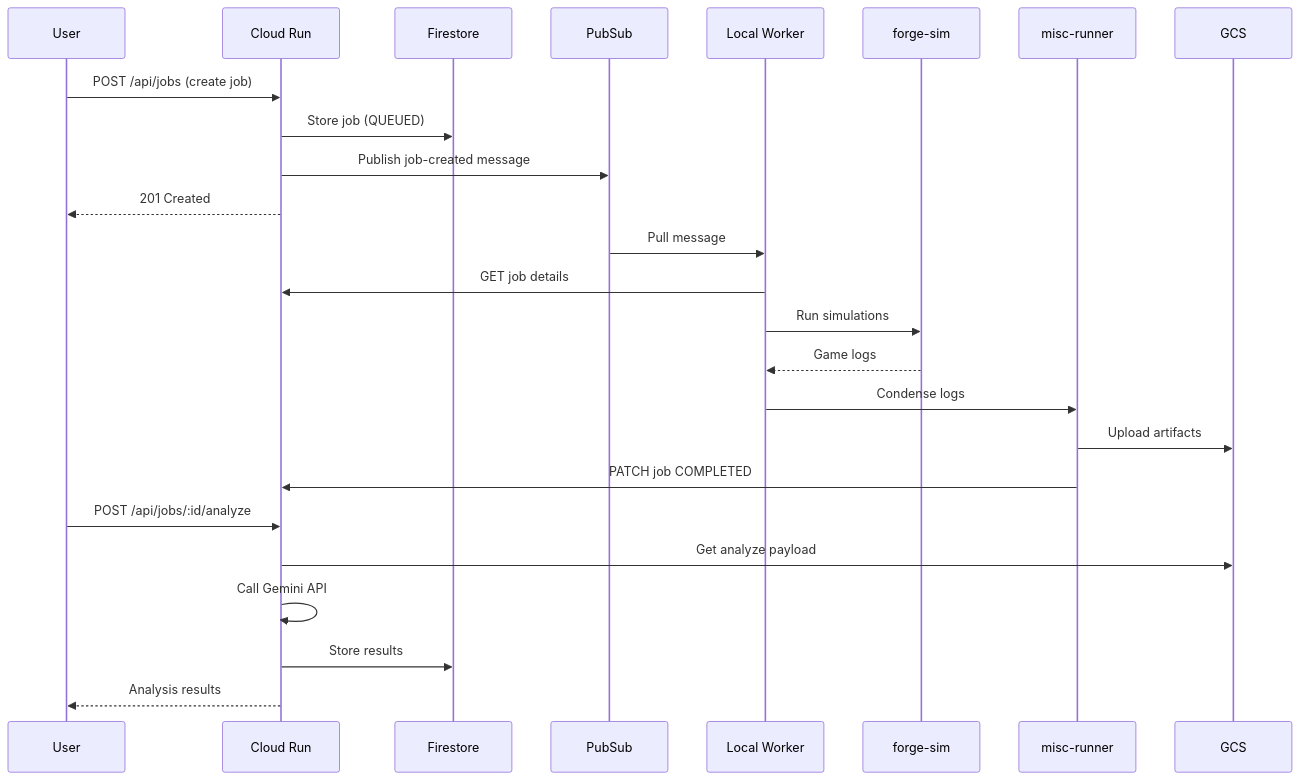
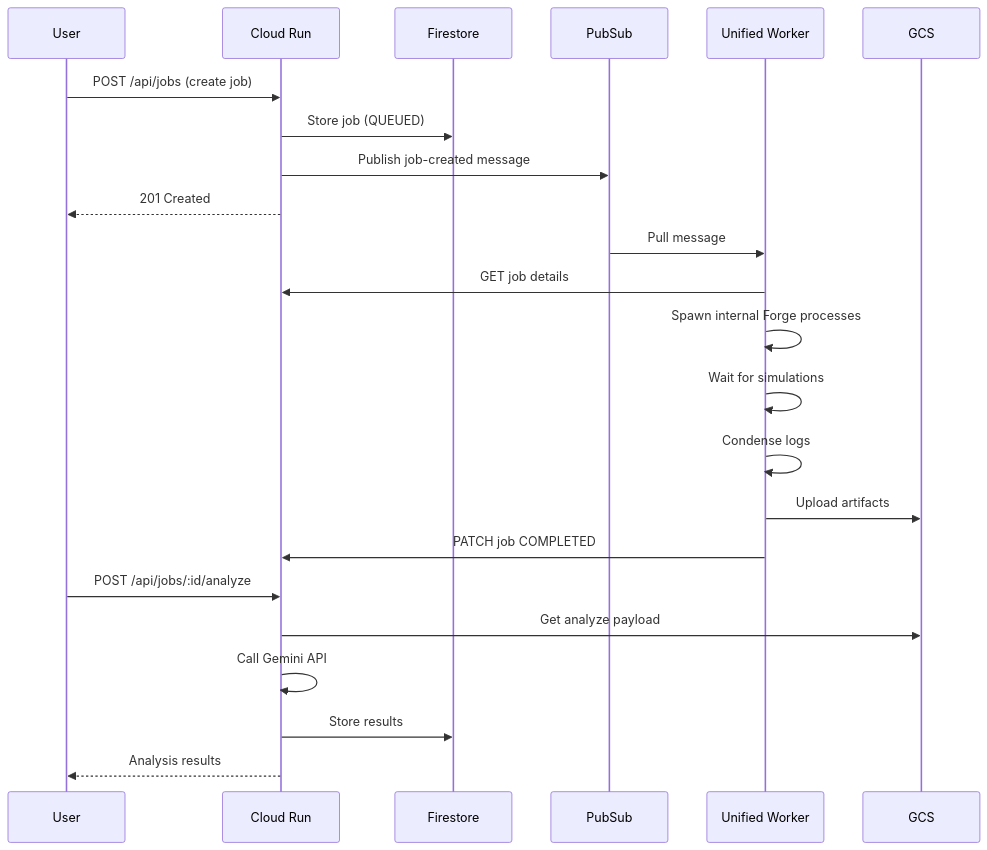
Before and after one commit to TytaniumDev/MagicBracketSimulator: the second of 6 diagrams in docs/ARCHITECTURE.md, drawn with Mermaid. The commit also changed other lines of this file and 1 other file, not shown here.

First line of the commit message:
docs: update architecture for unified worker

````diff
--- a/docs/ARCHITECTURE.md
+++ b/docs/ARCHITECTURE.md
@@ -67,31 +66,29 @@
 ```mermaid
 sequenceDiagram
     participant User
     participant CloudRun as Cloud Run
     participant Firestore
     participant PubSub
-    participant LocalWorker as Local Worker
-    participant ForgeSim as forge-sim
-    participant MiscRunner as misc-runner
+    participant UnifiedWorker as Unified Worker
     participant GCS
 
     User->>CloudRun: POST /api/jobs (create job)
     CloudRun->>Firestore: Store job (QUEUED)
     CloudRun->>PubSub: Publish job-created message
     CloudRun-->>User: 201 Created
 
-    PubSub->>LocalWorker: Pull message
-    LocalWorker->>CloudRun: GET job details
-    LocalWorker->>ForgeSim: Run simulations
-    ForgeSim-->>LocalWorker: Game logs
+    PubSub->>UnifiedWorker: Pull message
+    UnifiedWorker->>CloudRun: GET job details
+    UnifiedWorker->>UnifiedWorker: Spawn internal Forge processes
+    UnifiedWorker->>UnifiedWorker: Wait for simulations
+    UnifiedWorker->>UnifiedWorker: Condense logs
 
-    LocalWorker->>MiscRunner: Condense logs
-    MiscRunner->>GCS: Upload artifacts
-    MiscRunner->>CloudRun: PATCH job COMPLETED
+    UnifiedWorker->>GCS: Upload artifacts
+    UnifiedWorker->>CloudRun: PATCH job COMPLETED
 
     User->>CloudRun: POST /api/jobs/:id/analyze
     CloudRun->>GCS: Get analyze payload
     CloudRun->>CloudRun: Call Gemini API
     CloudRun->>Firestore: Store results
     CloudRun-->>User: Analysis results
 ```
````
